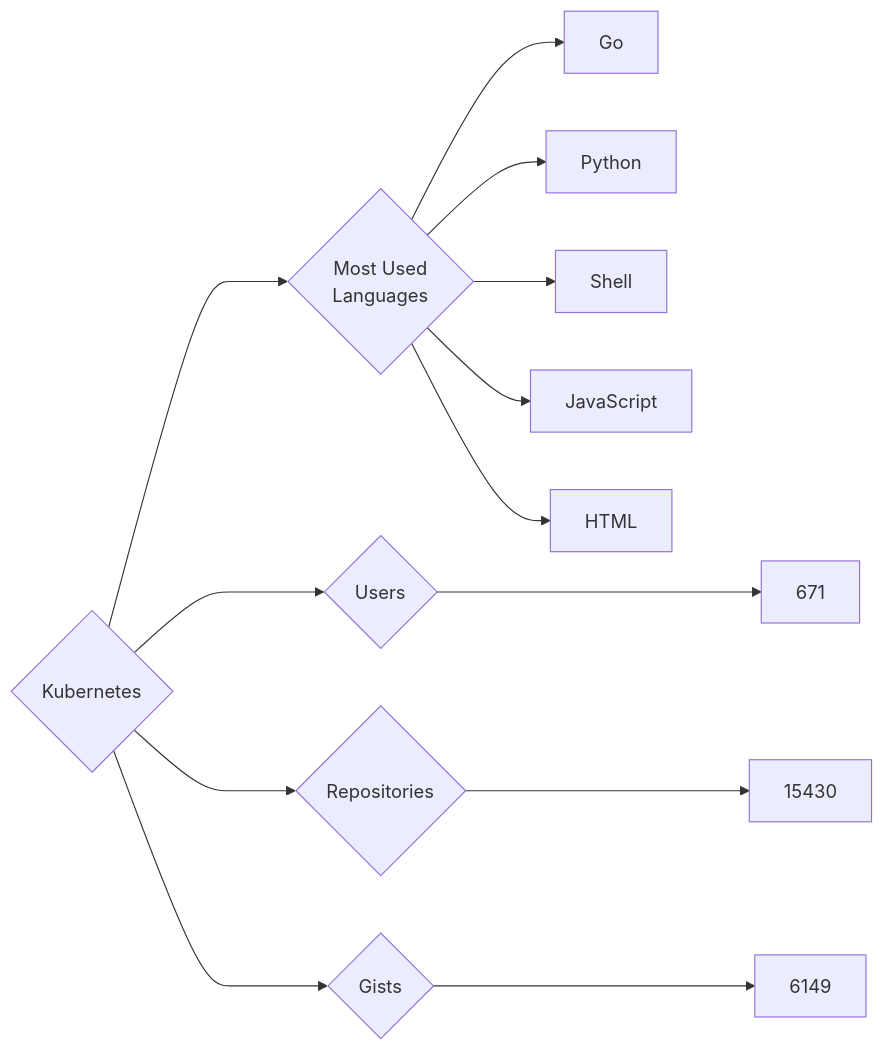
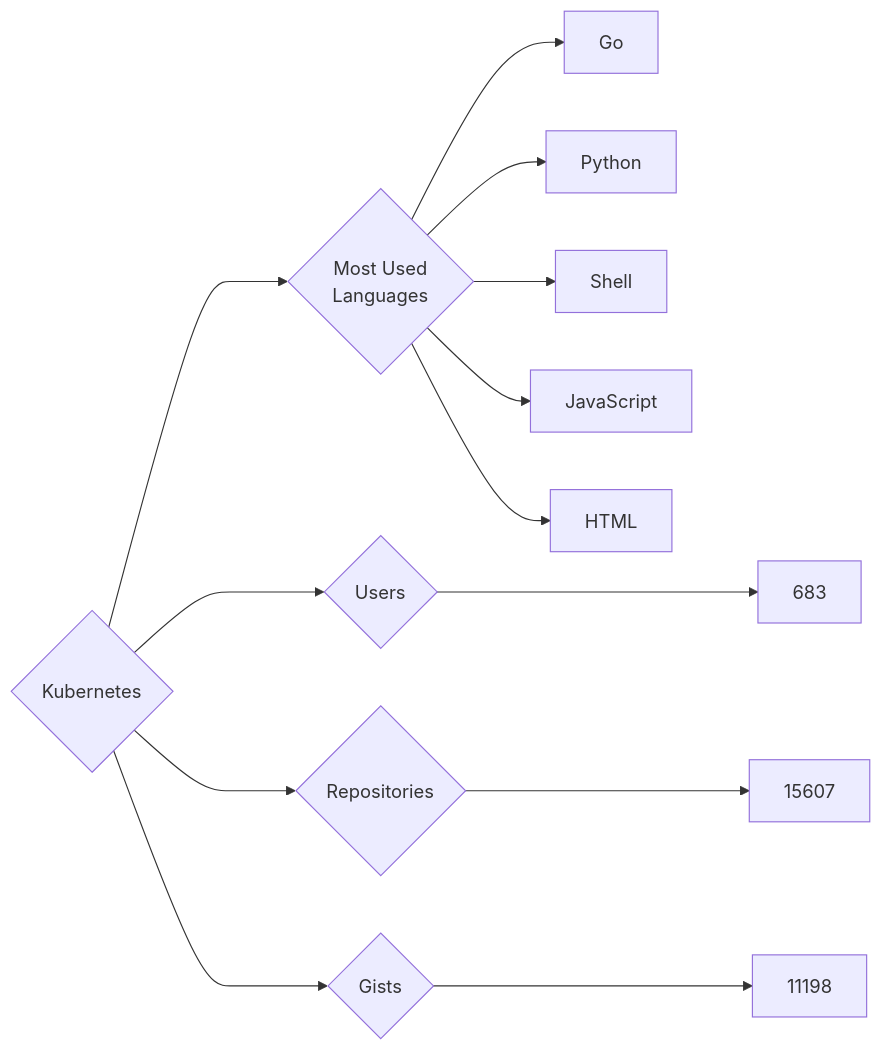
One commit to trickest/insiders changed the diagram in targets/Kubernetes/README.md. Above: the diagram before and after it, drawn with Mermaid. The commit also changed 752 other files, not shown here.

````diff
--- a/targets/Kubernetes/README.md
+++ b/targets/Kubernetes/README.md
@@ -3,13 +3,13 @@
 ```mermaid
 graph LR
 COMPANY_NAME{Kubernetes}
-COMPANY_NAME ---> U{Users} ---> UN[671]
-COMPANY_NAME ---> R{Repositories} ---> RN[15430]
-COMPANY_NAME ---> G{Gists} ---> GN[6149]
+COMPANY_NAME ---> U{Users} ---> UN[683]
+COMPANY_NAME ---> R{Repositories} ---> RN[15607]
+COMPANY_NAME ---> G{Gists} ---> GN[11198]
 COMPANY_NAME ---> ML{Most Used<br>Languages}
 ML --> Go[Go]
 ML --> Python[Python]
 ML --> Shell[Shell]
 ML --> JavaScript[JavaScript]
 ML --> HTML[HTML]
 ```
````
